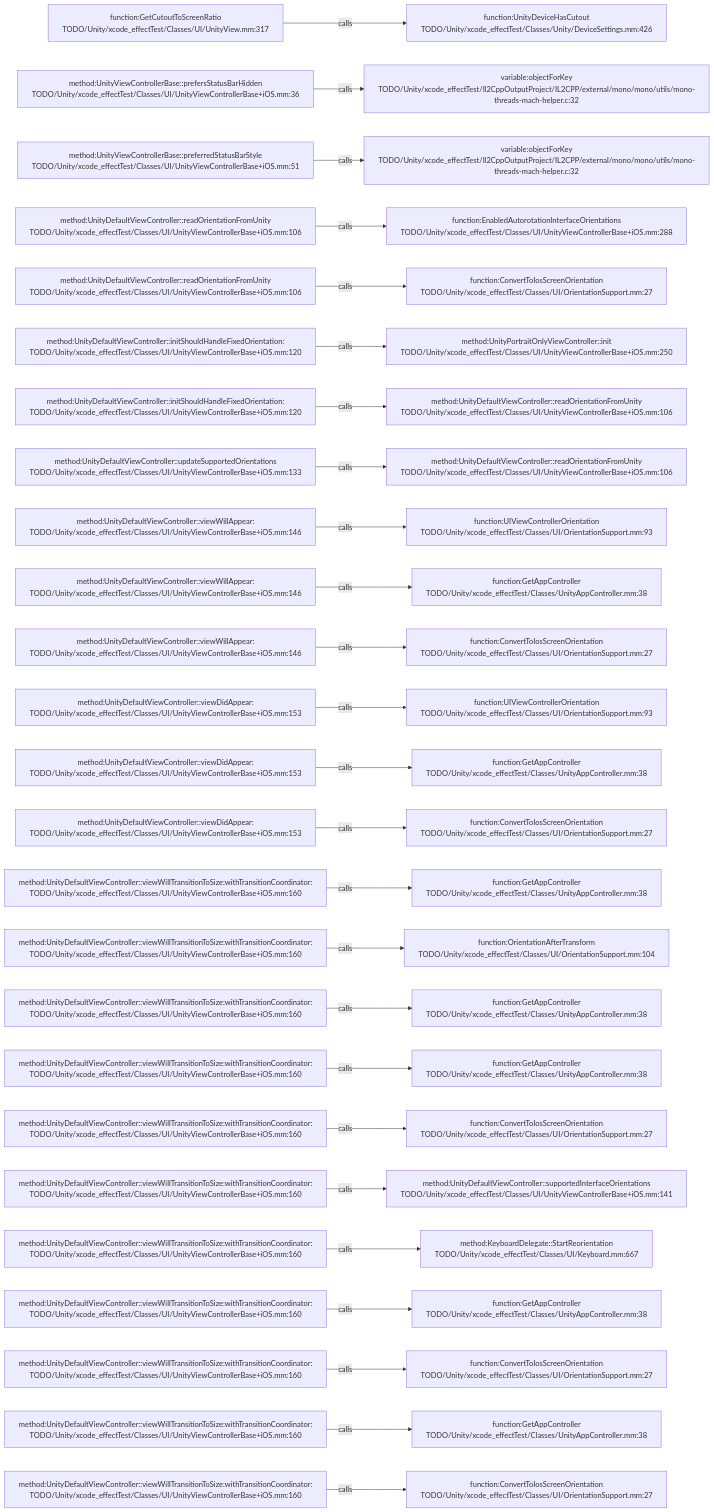
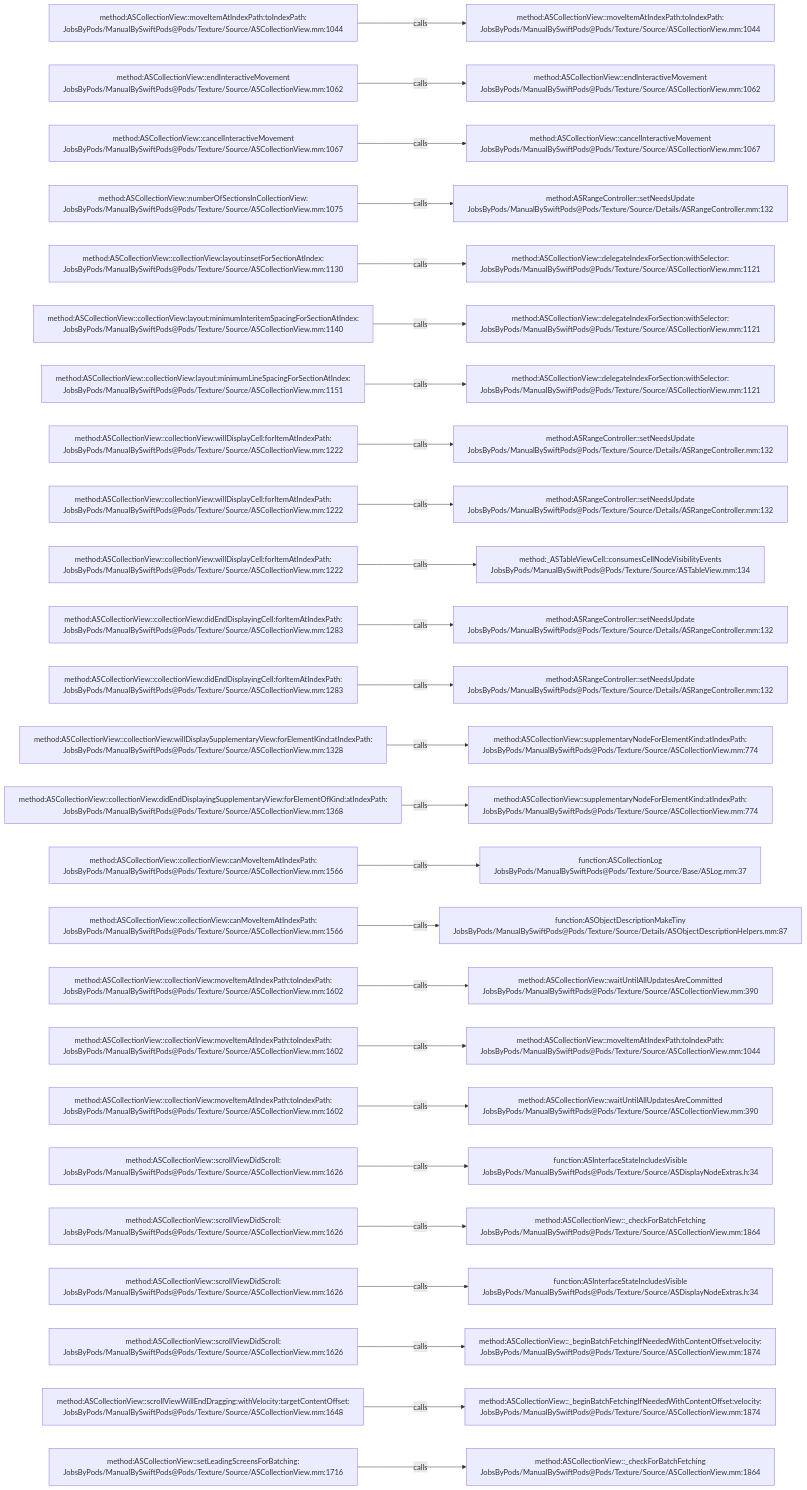
The diagram in .codegraph/codegraph.md/graphs/calls-031.md (JobsKits/JobsSwiftBaseConfigDemo), drawn with Mermaid before and after one commit. The commit also changed 2959 other files, not shown here.

````diff
--- a/.codegraph/codegraph.md/graphs/calls-031.md
+++ b/.codegraph/codegraph.md/graphs/calls-031.md
@@ -13,78 +13,78 @@
 ```mermaid
 flowchart LR
-  S1["function:GetCutoutToScreenRatio<br/>TODO/Unity/xcode_effectTest/Classes/UI/UnityView.mm:317"]
-  T1["function:UnityDeviceHasCutout<br/>TODO/Unity/xcode_effectTest/Classes/Unity/DeviceSettings.mm:426"]
+  S1["method:ASCollectionView::moveItemAtIndexPath:toIndexPath:<br/>JobsByPods/ManualBySwiftPods@Pods/Texture/Source/ASCollectionView.mm:1044"]
+  T1["method:ASCollectionView::moveItemAtIndexPath:toIndexPath:<br/>JobsByPods/ManualBySwiftPods@Pods/Texture/Source/ASCollectionView.mm:1044"]
   S1 -->|calls| T1
-  S2["method:UnityViewControllerBase::prefersStatusBarHidden<br/>TODO/Unity/xcode_effectTest/Classes/UI/UnityViewControllerBase+iOS.mm:36"]
-  T2["variable:objectForKey<br/>TODO/Unity/xcode_effectTest/Il2CppOutputProject/IL2CPP/external/mono/mono/utils/mono-threads-mach-helper.c:32"]
+  S2["method:ASCollectionView::endInteractiveMovement<br/>JobsByPods/ManualBySwiftPods@Pods/Texture/Source/ASCollectionView.mm:1062"]
+  T2["method:ASCollectionView::endInteractiveMovement<br/>JobsByPods/ManualBySwiftPods@Pods/Texture/Source/ASCollectionView.mm:1062"]
   S2 -->|calls| T2
-  S3["method:UnityViewControllerBase::preferredStatusBarStyle<br/>TODO/Unity/xcode_effectTest/Classes/UI/UnityViewControllerBase+iOS.mm:51"]
-  T3["variable:objectForKey<br/>TODO/Unity/xcode_effectTest/Il2CppOutputProject/IL2CPP/external/mono/mono/utils/mono-threads-mach-helper.c:32"]
+  S3["method:ASCollectionView::cancelInteractiveMovement<br/>JobsByPods/ManualBySwiftPods@Pods/Texture/Source/ASCollectionView.mm:1067"]
+  T3["method:ASCollectionView::cancelInteractiveMovement<br/>JobsByPods/ManualBySwiftPods@Pods/Texture/Source/ASCollectionView.mm:1067"]
   S3 -->|calls| T3
-  S4["method:UnityDefaultViewController::readOrientationFromUnity<br/>TODO/Unity/xcode_effectTest/Classes/UI/UnityViewControllerBase+iOS.mm:106"]
-  T4["function:EnabledAutorotationInterfaceOrientations<br/>TODO/Unity/xcode_effectTest/Classes/UI/UnityViewControllerBase+iOS.mm:288"]
+  S4["method:ASCollectionView::numberOfSectionsInCollectionView:<br/>JobsByPods/ManualBySwiftPods@Pods/Texture/Source/ASCollectionView.mm:1075"]
+  T4["method:ASRangeController::setNeedsUpdate<br/>JobsByPods/ManualBySwiftPods@Pods/Texture/Source/Details/ASRangeController.mm:132"]
   S4 -->|calls| T4
-  S5["method:UnityDefaultViewController::readOrientationFromUnity<br/>TODO/Unity/xcode_effectTest/Classes/UI/UnityViewControllerBase+iOS.mm:106"]
-  T5["function:ConvertToIosScreenOrientation<br/>TODO/Unity/xcode_effectTest/Classes/UI/OrientationSupport.mm:27"]
+  S5["method:ASCollectionView::collectionView:layout:insetForSectionAtIndex:<br/>JobsByPods/ManualBySwiftPods@Pods/Texture/Source/ASCollectionView.mm:1130"]
+  T5["method:ASCollectionView::delegateIndexForSection:withSelector:<br/>JobsByPods/ManualBySwiftPods@Pods/Texture/Source/ASCollectionView.mm:1121"]
   S5 -->|calls| T5
-  S6["method:UnityDefaultViewController::initShouldHandleFixedOrientation:<br/>TODO/Unity/xcode_effectTest/Classes/UI/UnityViewControllerBase+iOS.mm:120"]
-  T6["method:UnityPortraitOnlyViewController::init<br/>TODO/Unity/xcode_effectTest/Classes/UI/UnityViewControllerBase+iOS.mm:250"]
+  S6["method:ASCollectionView::collectionView:layout:minimumInteritemSpacingForSectionAtIndex:<br/>JobsByPods/ManualBySwiftPods@Pods/Texture/Source/ASCollectionView.mm:1140"]
+  T6["method:ASCollectionView::delegateIndexForSection:withSelector:<br/>JobsByPods/ManualBySwiftPods@Pods/Texture/Source/ASCollectionView.mm:1121"]
   S6 -->|calls| T6
-  S7["method:UnityDefaultViewController::initShouldHandleFixedOrientation:<br/>TODO/Unity/xcode_effectTest/Classes/UI/UnityViewControllerBase+iOS.mm:120"]
-  T7["method:UnityDefaultViewController::readOrientationFromUnity<br/>TODO/Unity/xcode_effectTest/Classes/UI/UnityViewControllerBase+iOS.mm:106"]
+  S7["method:ASCollectionView::collectionView:layout:minimumLineSpacingForSectionAtIndex:<br/>JobsByPods/ManualBySwiftPods@Pods/Texture/Source/ASCollectionView.mm:1151"]
+  T7["method:ASCollectionView::delegateIndexForSection:withSelector:<br/>JobsByPods/ManualBySwiftPods@Pods/Texture/Source/ASCollectionView.mm:1121"]
   S7 -->|calls| T7
-  S8["method:UnityDefaultViewController::updateSupportedOrientations<br/>TODO/Unity/xcode_effectTest/Classes/UI/UnityViewControllerBase+iOS.mm:133"]
-  T8["method:UnityDefaultViewController::readOrientationFromUnity<br/>TODO/Unity/xcode_effectTest/Classes/UI/UnityViewControllerBase+iOS.mm:106"]
+  S8["method:ASCollectionView::collectionView:willDisplayCell:forItemAtIndexPath:<br/>JobsByPods/ManualBySwiftPods@Pods/Texture/Source/ASCollectionView.mm:1222"]
+  T8["method:ASRangeController::setNeedsUpdate<br/>JobsByPods/ManualBySwiftPods@Pods/Texture/Source/Details/ASRangeController.mm:132"]
   S8 -->|calls| T8
-  S9["method:UnityDefaultViewController::viewWillAppear:<br/>TODO/Unity/xcode_effectTest/Classes/UI/UnityViewControllerBase+iOS.mm:146"]
-  T9["function:UIViewControllerOrientation<br/>TODO/Unity/xcode_effectTest/Classes/UI/OrientationSupport.mm:93"]
+  S9["method:ASCollectionView::collectionView:willDisplayCell:forItemAtIndexPath:<br/>JobsByPods/ManualBySwiftPods@Pods/Texture/Source/ASCollectionView.mm:1222"]
+  T9["method:ASRangeController::setNeedsUpdate<br/>JobsByPods/ManualBySwiftPods@Pods/Texture/Source/Details/ASRangeController.mm:132"]
   S9 -->|calls| T9
-  S10["method:UnityDefaultViewController::viewWillAppear:<br/>TODO/Unity/xcode_effectTest/Classes/UI/UnityViewControllerBase+iOS.mm:146"]
-  T10["function:GetAppController<br/>TODO/Unity/xcode_effectTest/Classes/UnityAppController.mm:38"]
+  S10["method:ASCollectionView::collectionView:willDisplayCell:forItemAtIndexPath:<br/>JobsByPods/ManualBySwiftPods@Pods/Texture/Source/ASCollectionView.mm:1222"]
+  T10["method:_ASTableViewCell::consumesCellNodeVisibilityEvents<br/>JobsByPods/ManualBySwiftPods@Pods/Texture/Source/ASTableView.mm:134"]
   S10 -->|calls| T10
-  S11["method:UnityDefaultViewController::viewWillAppear:<br/>TODO/Unity/xcode_effectTest/Classes/UI/UnityViewControllerBase+iOS.mm:146"]
-  T11["function:ConvertToIosScreenOrientation<br/>TODO/Unity/xcode_effectTest/Classes/UI/OrientationSupport.mm:27"]
+  S11["method:ASCollectionView::collectionView:didEndDisplayingCell:forItemAtIndexPath:<br/>JobsByPods/ManualBySwiftPods@Pods/Texture/Source/ASCollectionView.mm:1283"]
+  T11["method:ASRangeController::setNeedsUpdate<br/>JobsByPods/ManualBySwiftPods@Pods/Texture/Source/Details/ASRangeController.mm:132"]
   S11 -->|calls| T11
-  S12["method:UnityDefaultViewController::viewDidAppear:<br/>TODO/Unity/xcode_effectTest/Classes/UI/UnityViewControllerBase+iOS.mm:153"]
-  T12["function:UIViewControllerOrientation<br/>TODO/Unity/xcode_effectTest/Classes/UI/OrientationSupport.mm:93"]
+  S12["method:ASCollectionView::collectionView:didEndDisplayingCell:forItemAtIndexPath:<br/>JobsByPods/ManualBySwiftPods@Pods/Texture/Source/ASCollectionView.mm:1283"]
+  T12["method:ASRangeController::setNeedsUpdate<br/>JobsByPods/ManualBySwiftPods@Pods/Texture/Source/Details/ASRangeController.mm:132"]
   S12 -->|calls| T12
-  S13["method:UnityDefaultViewController::viewDidAppear:<br/>TODO/Unity/xcode_effectTest/Classes/UI/UnityViewControllerBase+iOS.mm:153"]
-  T13["function:GetAppController<br/>TODO/Unity/xcode_effectTest/Classes/UnityAppController.mm:38"]
+  S13["method:ASCollectionView::collectionView:willDisplaySupplementaryView:forElementKind:atIndexPath:<br/>JobsByPods/ManualBySwiftPods@Pods/Texture/Source/ASCollectionView.mm:1328"]
+  T13["method:ASCollectionView::supplementaryNodeForElementKind:atIndexPath:<br/>JobsByPods/ManualBySwiftPods@Pods/Texture/Source/ASCollectionView.mm:774"]
   S13 -->|calls| T13
-  S14["method:UnityDefaultViewController::viewDidAppear:<br/>TODO/Unity/xcode_effectTest/Classes/UI/UnityViewControllerBase+iOS.mm:153"]
-  T14["function:ConvertToIosScreenOrientation<br/>TODO/Unity/xcode_effectTest/Classes/UI/OrientationSupport.mm:27"]
+  S14["method:ASCollectionView::collectionView:didEndDisplayingSupplementaryView:forElementOfKind:atIndexPath:<br/>JobsByPods/ManualBySwiftPods@Pods/Texture/Source/ASCollectionView.mm:1368"]
+  T14["method:ASCollectionView::supplementaryNodeForElementKind:atIndexPath:<br/>JobsByPods/ManualBySwiftPods@Pods/Texture/Source/ASCollectionView.mm:774"]
   S14 -->|calls| T14
-  S15["method:UnityDefaultViewController::viewWillTransitionToSize:withTransitionCoordinator:<br/>TODO/Unity/xcode_effectTest/Classes/UI/UnityViewControllerBase+iOS.mm:160"]
-  T15["function:GetAppController<br/>TODO/Unity/xcode_effectTest/Classes/UnityAppController.mm:38"]
+  S15["method:ASCollectionView::collectionView:canMoveItemAtIndexPath:<br/>JobsByPods/ManualBySwiftPods@Pods/Texture/Source/ASCollectionView.mm:1566"]
+  T15["function:ASCollectionLog<br/>JobsByPods/ManualBySwiftPods@Pods/Texture/Source/Base/ASLog.mm:37"]
   S15 -->|calls| T15
-  S16["method:UnityDefaultViewController::viewWillTransitionToSize:withTransitionCoordinator:<br/>TODO/Unity/xcode_effectTest/Classes/UI/UnityViewControllerBase+iOS.mm:160"]
-  T16["function:OrientationAfterTransform<br/>TODO/Unity/xcode_effectTest/Classes/UI/OrientationSupport.mm:104"]
+  S16["method:ASCollectionView::collectionView:canMoveItemAtIndexPath:<br/>JobsByPods/ManualBySwiftPods@Pods/Texture/Source/ASCollectionView.mm:1566"]
+  T16["function:ASObjectDescriptionMakeTiny<br/>JobsByPods/ManualBySwiftPods@Pods/Texture/Source/Details/ASObjectDescriptionHelpers.mm:87"]
   S16 -->|calls| T16
-  S17["method:UnityDefaultViewController::viewWillTransitionToSize:withTransitionCoordinator:<br/>TODO/Unity/xcode_effectTest/Classes/UI/UnityViewControllerBase+iOS.mm:160"]
-  T17["function:GetAppController<br/>TODO/Unity/xcode_effectTest/Classes/UnityAppController.mm:38"]
+  S17["method:ASCollectionView::collectionView:moveItemAtIndexPath:toIndexPath:<br/>JobsByPods/ManualBySwiftPods@Pods/Texture/Source/ASCollectionView.mm:1602"]
+  T17["method:ASCollectionView::waitUntilAllUpdatesAreCommitted<br/>JobsByPods/ManualBySwiftPods@Pods/Texture/Source/ASCollectionView.mm:390"]
   S17 -->|calls| T17
-  S18["method:UnityDefaultViewController::viewWillTransitionToSize:withTransitionCoordinator:<br/>TODO/Unity/xcode_effectTest/Classes/UI/UnityViewControllerBase+iOS.mm:160"]
-  T18["function:GetAppController<br/>TODO/Unity/xcode_effectTest/Classes/UnityAppController.mm:38"]
+  S18["method:ASCollectionView::collectionView:moveItemAtIndexPath:toIndexPath:<br/>JobsByPods/ManualBySwiftPods@Pods/Texture/Source/ASCollectionView.mm:1602"]
+  T18["method:ASCollectionView::moveItemAtIndexPath:toIndexPath:<br/>JobsByPods/ManualBySwiftPods@Pods/Texture/Source/ASCollectionView.mm:1044"]
   S18 -->|calls| T18
-  S19["method:UnityDefaultViewController::viewWillTransitionToSize:withTransitionCoordinator:<br/>TODO/Unity/xcode_effectTest/Classes/UI/UnityViewControllerBase+iOS.mm:160"]
-  T19["function:ConvertToIosScreenOrientation<br/>TODO/Unity/xcode_effectTest/Classes/UI/OrientationSupport.mm:27"]
+  S19["method:ASCollectionView::collectionView:moveItemAtIndexPath:toIndexPath:<br/>JobsByPods/ManualBySwiftPods@Pods/Texture/Source/ASCollectionView.mm:1602"]
+  T19["method:ASCollectionView::waitUntilAllUpdatesAreCommitted<br/>JobsByPods/ManualBySwiftPods@Pods/Texture/Source/ASCollectionView.mm:390"]
   S19 -->|calls| T19
-  S20["method:UnityDefaultViewController::viewWillTransitionToSize:withTransitionCoordinator:<br/>TODO/Unity/xcode_effectTest/Classes/UI/UnityViewControllerBase+iOS.mm:160"]
-  T20["method:UnityDefaultViewController::supportedInterfaceOrientations<br/>TODO/Unity/xcode_effectTest/Classes/UI/UnityViewControllerBase+iOS.mm:141"]
+  S20["method:ASCollectionView::scrollViewDidScroll:<br/>JobsByPods/ManualBySwiftPods@Pods/Texture/Source/ASCollectionView.mm:1626"]
+  T20["function:ASInterfaceStateIncludesVisible<br/>JobsByPods/ManualBySwiftPods@Pods/Texture/Source/ASDisplayNodeExtras.h:34"]
   S20 -->|calls| T20
-  S21["method:UnityDefaultViewController::viewWillTransitionToSize:withTransitionCoordinator:<br/>TODO/Unity/xcode_effectTest/Classes/UI/UnityViewControllerBase+iOS.mm:160"]
-  T21["method:KeyboardDelegate::StartReorientation<br/>TODO/Unity/xcode_effectTest/Classes/UI/Keyboard.mm:667"]
+  S21["method:ASCollectionView::scrollViewDidScroll:<br/>JobsByPods/ManualBySwiftPods@Pods/Texture/Source/ASCollectionView.mm:1626"]
+  T21["method:ASCollectionView::_checkForBatchFetching<br/>JobsByPods/ManualBySwiftPods@Pods/Texture/Source/ASCollectionView.mm:1864"]
   S21 -->|calls| T21
-  S22["method:UnityDefaultViewController::viewWillTransitionToSize:withTransitionCoordinator:<br/>TODO/Unity/xcode_effectTest/Classes/UI/UnityViewControllerBase+iOS.mm:160"]
-  T22["function:GetAppController<br/>TODO/Unity/xcode_effectTest/Classes/UnityAppController.mm:38"]
+  S22["method:ASCollectionView::scrollViewDidScroll:<br/>JobsByPods/ManualBySwiftPods@Pods/Texture/Source/ASCollectionView.mm:1626"]
+  T22["function:ASInterfaceStateIncludesVisible<br/>JobsByPods/ManualBySwiftPods@Pods/Texture/Source/ASDisplayNodeExtras.h:34"]
   S22 -->|calls| T22
-  S23["method:UnityDefaultViewController::viewWillTransitionToSize:withTransitionCoordinator:<br/>TODO/Unity/xcode_effectTest/Classes/UI/UnityViewControllerBase+iOS.mm:160"]
-  T23["function:ConvertToIosScreenOrientation<br/>TODO/Unity/xcode_effectTest/Classes/UI/OrientationSupport.mm:27"]
+  S23["method:ASCollectionView::scrollViewDidScroll:<br/>JobsByPods/ManualBySwiftPods@Pods/Texture/Source/ASCollectionView.mm:1626"]
+  T23["method:ASCollectionView::_beginBatchFetchingIfNeededWithContentOffset:velocity:<br/>JobsByPods/ManualBySwiftPods@Pods/Texture/Source/ASCollectionView.mm:1874"]
   S23 -->|calls| T23
-  S24["method:UnityDefaultViewController::viewWillTransitionToSize:withTransitionCoordinator:<br/>TODO/Unity/xcode_effectTest/Classes/UI/UnityViewControllerBase+iOS.mm:160"]
-  T24["function:GetAppController<br/>TODO/Unity/xcode_effectTest/Classes/UnityAppController.mm:38"]
+  S24["method:ASCollectionView::scrollViewWillEndDragging:withVelocity:targetContentOffset:<br/>JobsByPods/ManualBySwiftPods@Pods/Texture/Source/ASCollectionView.mm:1648"]
+  T24["method:ASCollectionView::_beginBatchFetchingIfNeededWithContentOffset:velocity:<br/>JobsByPods/ManualBySwiftPods@Pods/Texture/Source/ASCollectionView.mm:1874"]
   S24 -->|calls| T24
-  S25["method:UnityDefaultViewController::viewWillTransitionToSize:withTransitionCoordinator:<br/>TODO/Unity/xcode_effectTest/Classes/UI/UnityViewControllerBase+iOS.mm:160"]
-  T25["function:ConvertToIosScreenOrientation<br/>TODO/Unity/xcode_effectTest/Classes/UI/OrientationSupport.mm:27"]
+  S25["method:ASCollectionView::setLeadingScreensForBatching:<br/>JobsByPods/ManualBySwiftPods@Pods/Texture/Source/ASCollectionView.mm:1716"]
+  T25["method:ASCollectionView::_checkForBatchFetching<br/>JobsByPods/ManualBySwiftPods@Pods/Texture/Source/ASCollectionView.mm:1864"]
   S25 -->|calls| T25
 ```
````
